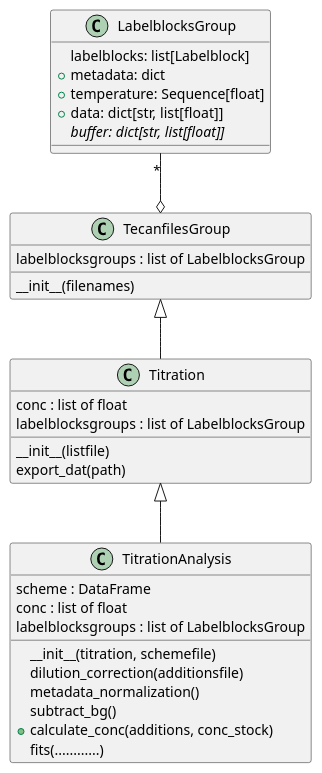
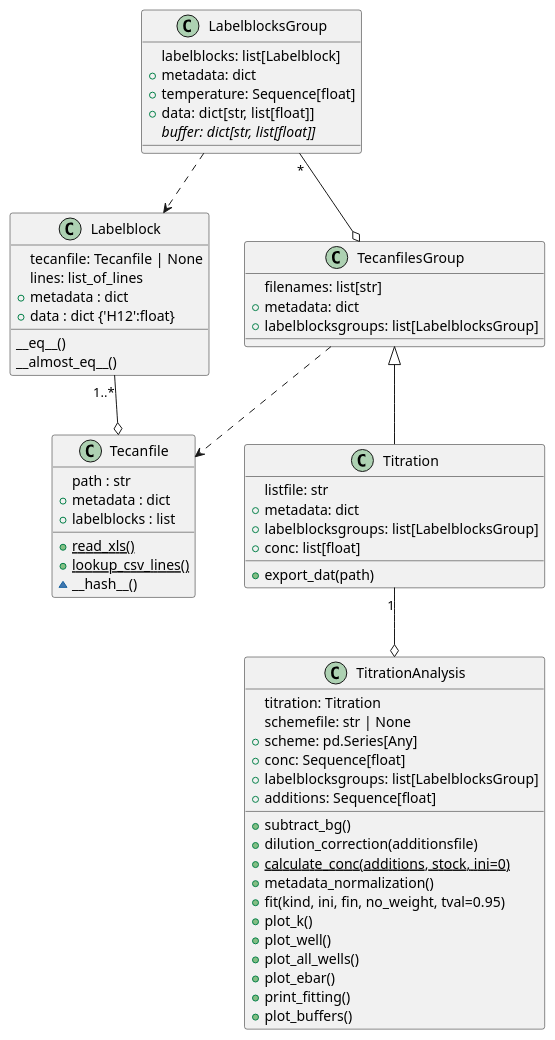
The second of 2 diagrams in docs/api/api.rst (darosio/ClopHfit), drawn with PlantUML before and after one commit. The commit also changed 2 other files, not shown here.

Commit message:
feat: almost finish dataclasses

```diff
--- a/docs/api/api.rst
+++ b/docs/api/api.rst
@@ -67,35 +67,70 @@
 .. uml::
 
-    LabelblocksGroup "*" --o TecanfilesGroup
+   Labelblock "1..*" --o Tecanfile
+
+   class Labelblock{
+     tecanfile: Tecanfile | None
+     lines: list_of_lines
+     +metadata : dict
+     +data : dict {'H12':float}
+	 __eq__()
+     __almost_eq__()
+    }
+
+	class Tecanfile{
+	  path : str
+	  +metadata : dict
+	  +labelblocks : list
+	  {static} +read_xls()
+	  {static} +lookup_csv_lines()
+	  ~__hash__()
+    }
+
+	LabelblocksGroup ..> Labelblock
+    TecanfilesGroup ..> Tecanfile
+
+	LabelblocksGroup "*" --o TecanfilesGroup
     TecanfilesGroup <|-- Titration
-    Titration <|-- TitrationAnalysis
+    Titration "1" --o TitrationAnalysis
 
 	class LabelblocksGroup{
 	  labelblocks: list[Labelblock]
 	  +metadata: dict
 	  +temperature: Sequence[float]
 	  +data: dict[str, list[float]]
 	  {abstract} buffer: dict[str, list[float]]
     }
 
-   class Titration{
-    conc : list of float
-    labelblocksgroups : list of LabelblocksGroup
-    __init__(listfile)
-    export_dat(path)
+	class TecanfilesGroup{
+      filenames: list[str]
+	  +metadata: dict
+	  +labelblocksgroups: list[LabelblocksGroup]
     }
-   class TitrationAnalysis{
-    scheme : DataFrame
-    conc : list of float
-    labelblocksgroups : list of LabelblocksGroup
-    __init__(titration, schemefile)
-    dilution_correction(additionsfile)
-    metadata_normalization()
-    subtract_bg()
-    +calculate_conc(additions, conc_stock)
-    fits(............)
+
+	class Titration{
+	  listfile: str
+	  +metadata: dict
+	  +labelblocksgroups: list[LabelblocksGroup]
+	  +conc: list[float]
+	  +export_dat(path)
     }
-   class TecanfilesGroup{
-    labelblocksgroups : list of LabelblocksGroup
-    __init__(filenames)
-    }
+
+	class TitrationAnalysis{
+	  titration: Titration
+	  schemefile: str | None
+	  +scheme: pd.Series[Any]
+	  +conc: Sequence[float]
+	  +labelblocksgroups: list[LabelblocksGroup]
+	  +additions: Sequence[float]
+	  +subtract_bg()
+	  +dilution_correction(additionsfile)
+	  {static} +calculate_conc(additions, stock, ini=0)
+	  +metadata_normalization()
+	  +fit(kind, ini, fin, no_weight, tval=0.95)
+	  +plot_k()
+	  +plot_well()
+	  +plot_all_wells()
+	  +plot_ebar()
+	  +print_fitting()
+	  +plot_buffers()
+	}
```
